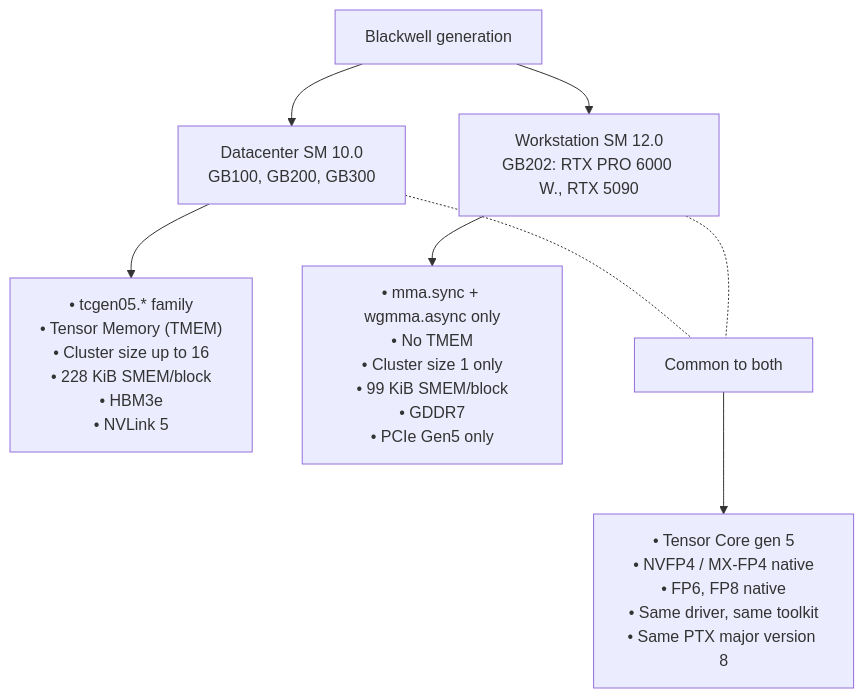
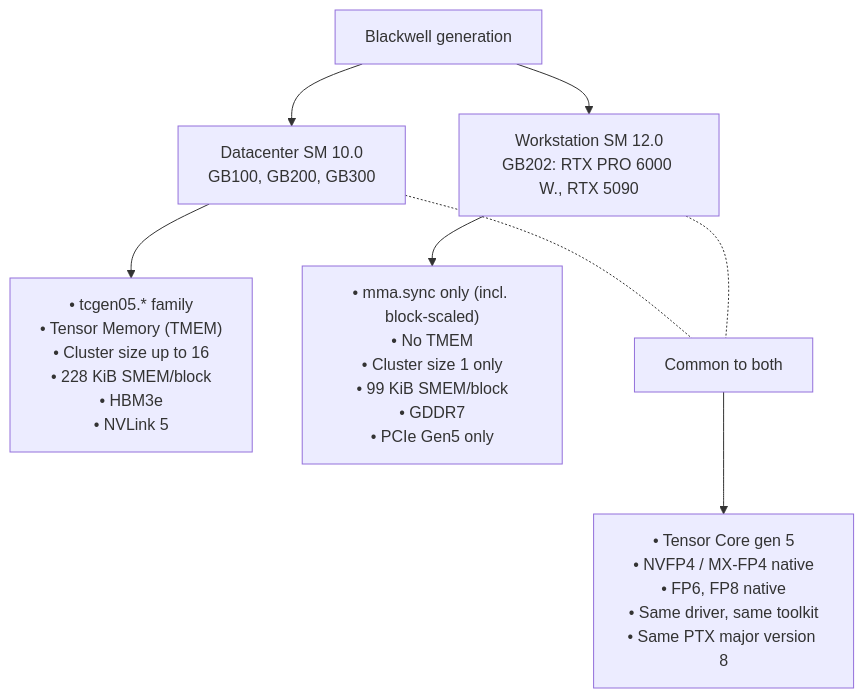
One commit to 0xSero/blackwell-gpu-wiki changed the diagram in docs/blackwell/index.md. Above: the diagram before and after it, drawn with Mermaid. The commit also changed 7 other files, not shown here.

````diff
--- a/docs/blackwell/index.md
+++ b/docs/blackwell/index.md
@@ -20,16 +20,16 @@
 ```mermaid
 graph TD
     Blackwell["Blackwell generation"]
     Blackwell --> DC["Datacenter SM 10.0<br/>GB100, GB200, GB300"]
     Blackwell --> WS["Workstation SM 12.0<br/>GB202: RTX PRO 6000 W., RTX 5090"]
 
     DC --> DC_features["• tcgen05.* family<br/>• Tensor Memory (TMEM)<br/>• Cluster size up to 16<br/>• 228 KiB SMEM/block<br/>• HBM3e<br/>• NVLink 5"]
 
-    WS --> WS_features["• mma.sync + wgmma.async only<br/>• No TMEM<br/>• Cluster size 1 only<br/>• 99 KiB SMEM/block<br/>• GDDR7<br/>• PCIe Gen5 only"]
+    WS --> WS_features["• mma.sync only (incl. block-scaled)<br/>• No TMEM<br/>• Cluster size 1 only<br/>• 99 KiB SMEM/block<br/>• GDDR7<br/>• PCIe Gen5 only"]
 
     Both["Common to both"]
     Both --> Both_features["• Tensor Core gen 5<br/>• NVFP4 / MX-FP4 native<br/>• FP6, FP8 native<br/>• Same driver, same toolkit<br/>• Same PTX major version 8"]
 
     DC -.- Both
     WS -.- Both
 ```
````
